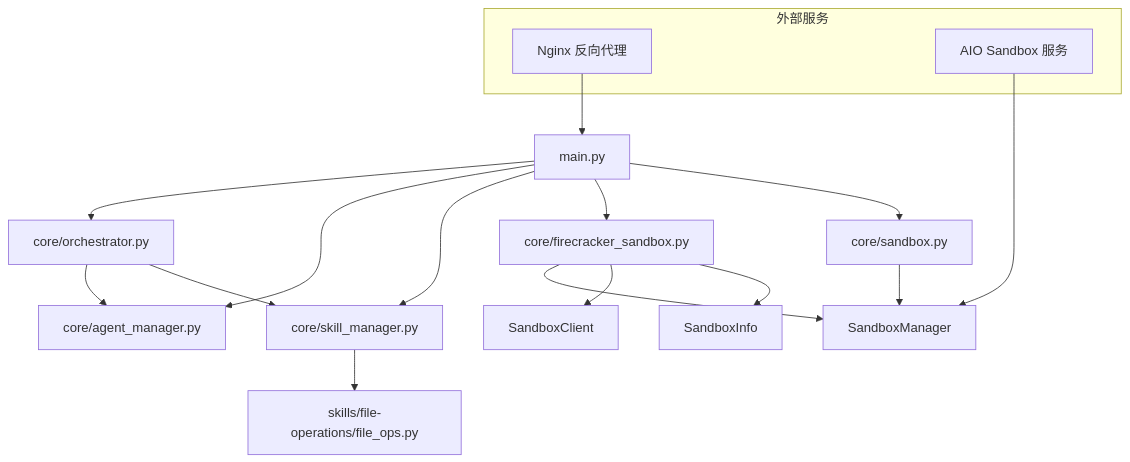
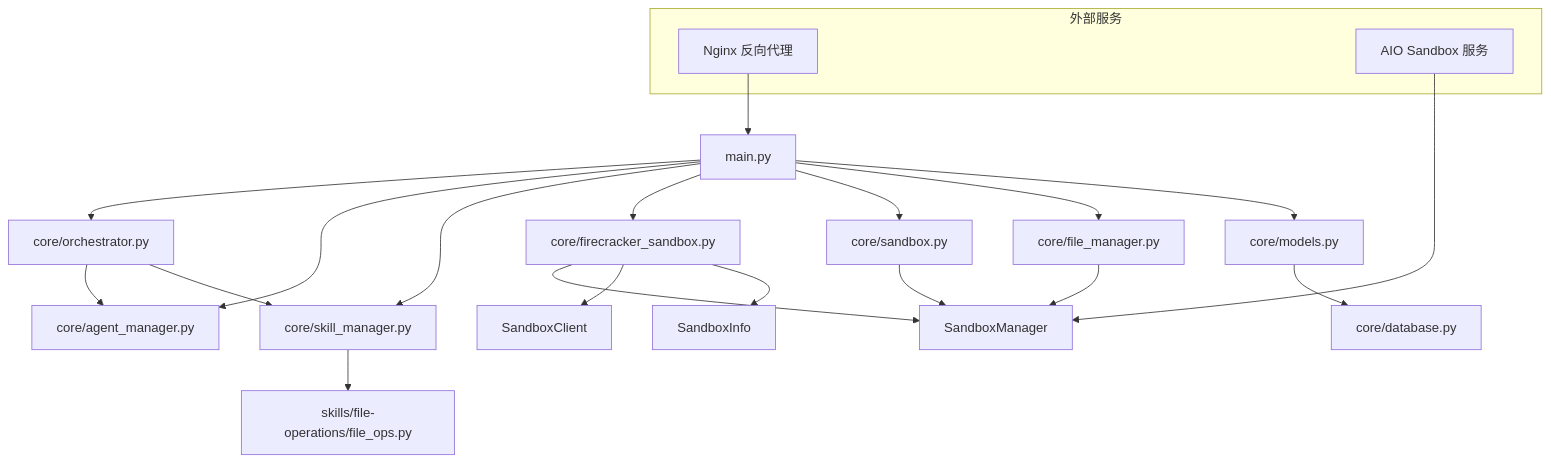
The ninth of 9 diagrams in .qoder/repowiki/zh/content/系统架构设计/Firecracker 沙箱执行架构/Firecracker 沙箱执行架构.md (zhangdahai112/LocalManus), drawn with Mermaid before and after one commit. The commit also changed other lines of this file and 19 other files, not shown here.

````diff
--- a/.qoder/repowiki/zh/content/系统架构设计/Firecracker 沙箱执行架构/Firecracker 沙箱执行架构.md
+++ b/.qoder/repowiki/zh/content/系统架构设计/Firecracker 沙箱执行架构/Firecracker 沙箱执行架构.md
@@ -488,21 +618,25 @@
 ```mermaid
 graph TB
 M["main.py"] --> O["core/orchestrator.py"]
 M --> AM["core/agent_manager.py"]
 M --> SM["core/skill_manager.py"]
 O --> AM
 O --> SM
 SM --> FO["skills/file-operations/file_ops.py"]
 M --> FC["core/firecracker_sandbox.py"]
 FC --> SB["SandboxManager"]
 FC --> SC["SandboxClient"]
 FC --> SI["SandboxInfo"]
 M --> LEG["core/sandbox.py"]
 LEG --> SB
+M --> FM["core/file_manager.py"]
+FM --> SB
+M --> MODELS["core/models.py"]
+MODELS --> DB["core/database.py"]
 subgraph "外部服务"
 NGINX["Nginx 反向代理"]
 SANDBOX["AIO Sandbox 服务"]
 end
 NGINX --> M
 SANDBOX --> SB
 ```
````
